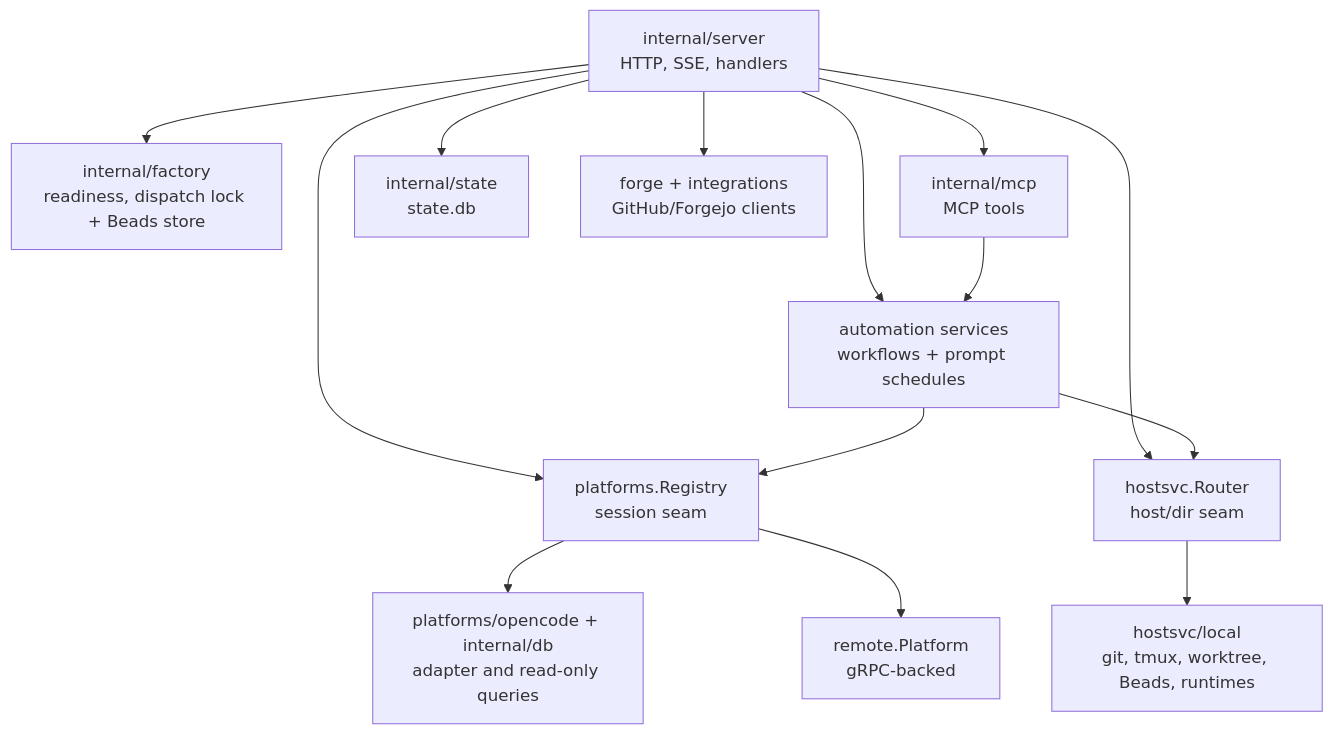
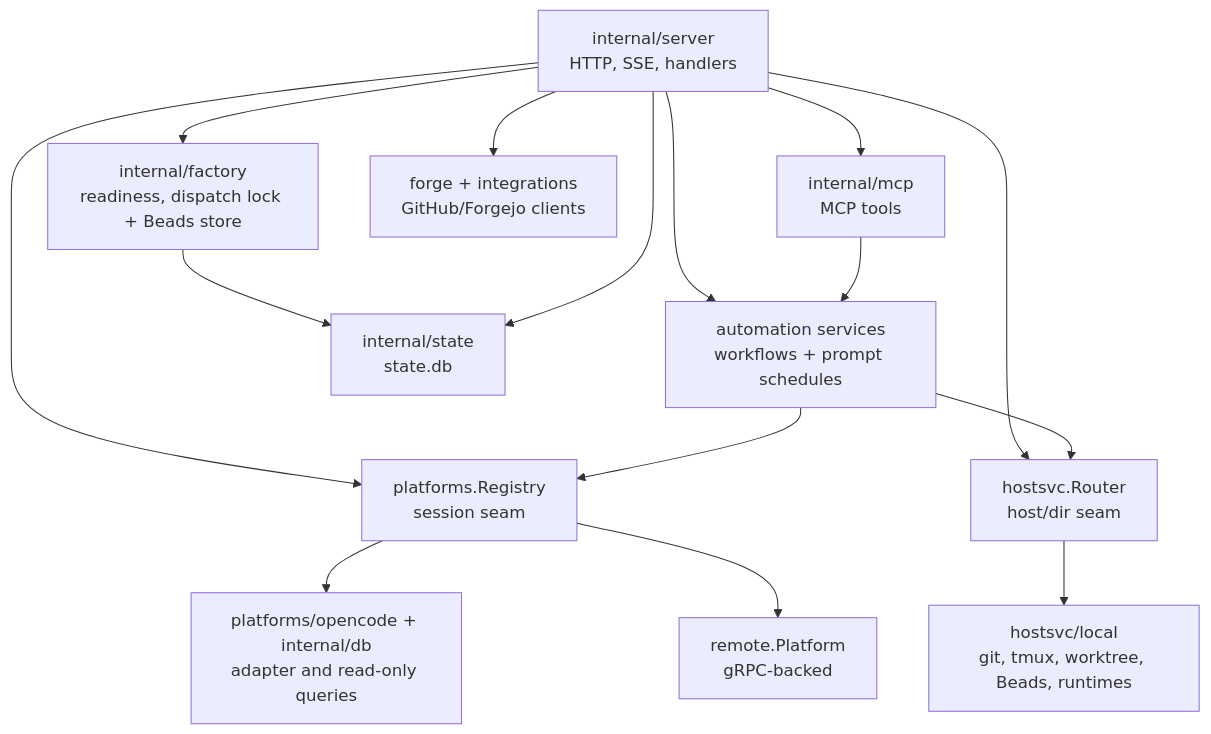
One commit to ocman/ocman changed the third of 5 diagrams in docs/other/architecture.md. Above: the diagram before and after it, drawn with Mermaid. The commit also changed other lines of this file and 18 other files, not shown here.

````diff
--- a/docs/other/architecture.md
+++ b/docs/other/architecture.md
@@ -88,16 +88,17 @@
 ```mermaid
 flowchart TD
     Server[internal/server<br/>HTTP, SSE, handlers] --> Registry[platforms.Registry<br/>session seam]
     Server --> Router[hostsvc.Router<br/>host/dir seam]
     Server --> Workflows[automation services<br/>workflows + prompt schedules]
     Server --> Factory[internal/factory<br/>readiness, dispatch lock + Beads store]
+    Factory --> State
     Workflows --> Registry
     Workflows --> Router
     Server --> MCP[internal/mcp<br/>MCP tools]
     MCP --> Workflows
     Registry --> OC[platforms/opencode + internal/db<br/>adapter and read-only queries]
     Registry --> RP[remote.Platform<br/>gRPC-backed]
     Router --> Local[hostsvc/local<br/>git, tmux, worktree, Beads, runtimes]
     Server --> State[internal/state<br/>state.db]
     Server --> Forge[forge + integrations<br/>GitHub/Forgejo clients]
 ```
````
